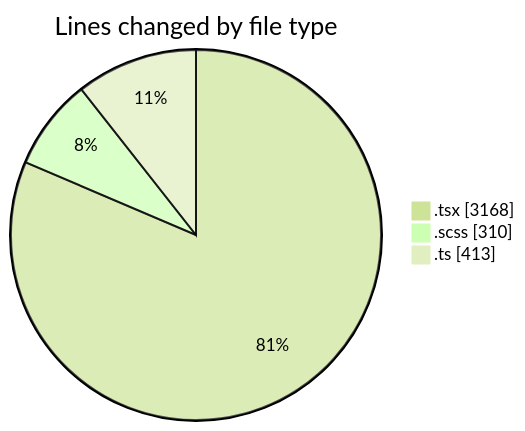
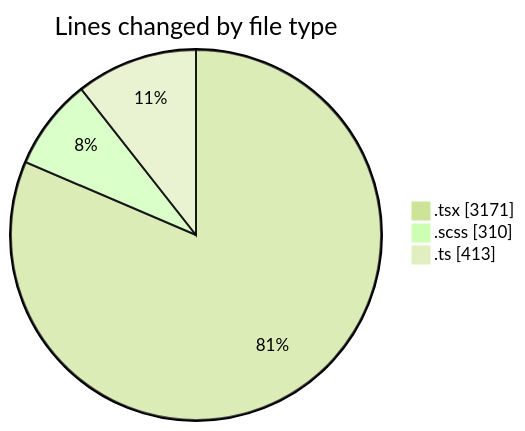
The first of 2 diagrams in 2026-05-01/cda/README.md (momahboobian/code-tracking), drawn with Mermaid (forest theme) before and after one commit. The commit also changed other lines of this file and 1 other file, not shown here.

````diff
--- a/2026-05-01/cda/README.md
+++ b/2026-05-01/cda/README.md
@@ -62,7 +62,7 @@
 ```mermaid
 pie showData
 title Lines changed by file type
-".tsx" : 3168
+".tsx" : 3171
 ".scss" : 310
 ".ts" : 413
 ```
````
